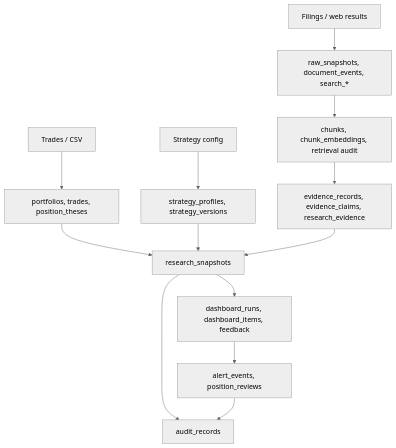
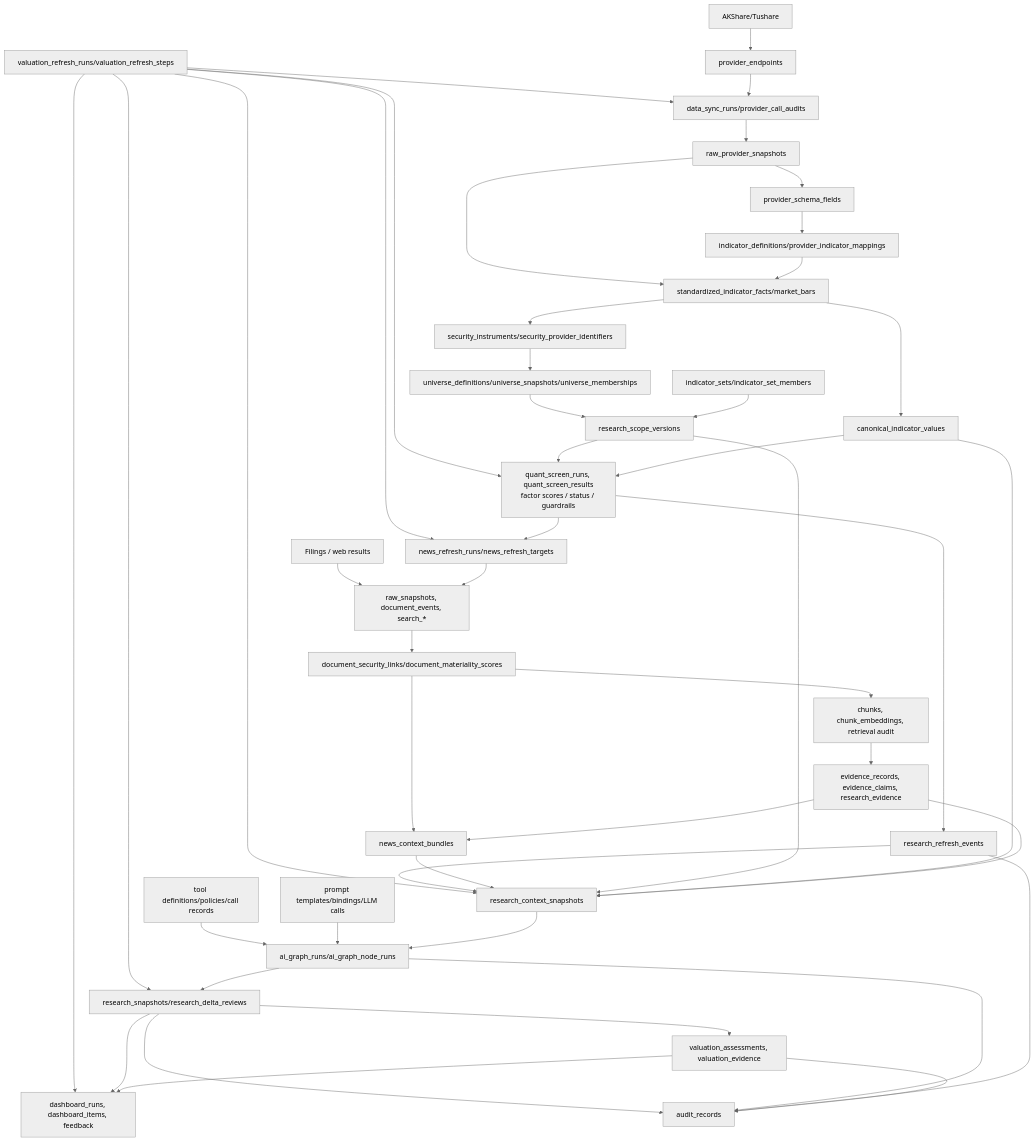
The ninth of 11 diagrams in docs/design/v0.2/architecture/Margin_Architecture_Design_v0.2_EN.md (RickyW0529/Margin), drawn with Mermaid (neutral theme) before and after one commit. The commit also changed other lines of this file and 469 other files, not shown here.

First line of the commit message:
fix(research,dashboard): repair deepseek-broken files; wire frontend↔backend through; refactor UI shell

````diff
--- a/docs/design/v0.2/architecture/Margin_Architecture_Design_v0.2_EN.md
+++ b/docs/design/v0.2/architecture/Margin_Architecture_Design_v0.2_EN.md
@@ -281,15 +786,48 @@
 ```mermaid
 flowchart TB
-    Trades[Trades / CSV] --> Portfolio[portfolios, trades, position_theses]
+    Orchestrator[valuation_refresh_runs/valuation_refresh_steps] --> Runs
+    Orchestrator --> Quant
+    Orchestrator --> NewsRefresh
+    Orchestrator --> Context
+    Orchestrator --> Research
+    Orchestrator --> Dashboard
+    Providers[AKShare/Tushare] --> Endpoints[provider_endpoints]
+    Endpoints --> Runs[data_sync_runs/provider_call_audits]
+    Runs --> Raw[raw_provider_snapshots]
+    Raw --> Schema[provider_schema_fields]
+    Schema --> Catalog[indicator_definitions/provider_indicator_mappings]
+    Raw --> Facts[standardized_indicator_facts/market_bars]
+    Catalog --> Facts
+    Facts --> Canonical[canonical_indicator_values]
+    Facts --> Securities[security_instruments/security_provider_identifiers]
+    Securities --> UniverseTables[universe_definitions/universe_snapshots/universe_memberships]
+    UniverseTables --> Scopes[research_scope_versions]
+    IndicatorSets[indicator_sets/indicator_set_members] --> Scopes
+    Scopes --> Quant[quant_screen_runs, quant_screen_results<br/>factor scores / status / guardrails]
+    Canonical --> Quant
+    Quant --> NewsRefresh[news_refresh_runs/news_refresh_targets]
     Sources[Filings / web results] --> News[raw_snapshots, document_events, search_*]
-    News --> Vector[chunks, chunk_embeddings, retrieval audit]
-    StrategyInput[Strategy config] --> Strategy[strategy_profiles, strategy_versions]
+    NewsRefresh --> News
+    News --> NewsScoring[document_security_links/document_materiality_scores]
+    NewsScoring --> Vector[chunks, chunk_embeddings, retrieval audit]
     Vector --> Evidence[evidence_records, evidence_claims, research_evidence]
-    Portfolio --> Research[research_snapshots]
-    Strategy --> Research
-    Evidence --> Research
+    Quant --> Refresh[research_refresh_events]
+    NewsScoring --> NewsBundle[news_context_bundles]
+    Evidence --> NewsBundle
+    Refresh --> Context[research_context_snapshots]
+    NewsBundle --> Context
+    Scopes --> Context
+    Canonical --> Context
+    Evidence --> Context
+    ToolGovernance[tool definitions/policies/call records] --> AIGraph
+    PromptGovernance[prompt templates/bindings/LLM calls] --> AIGraph
+    Context --> AIGraph[ai_graph_runs/ai_graph_node_runs]
+    AIGraph --> Research[research_snapshots/research_delta_reviews]
+    Research --> Valuation[valuation_assessments, valuation_evidence]
     Research --> Dashboard[dashboard_runs, dashboard_items, feedback]
-    Dashboard --> Monitoring[alert_events, position_reviews]
+    Valuation --> Dashboard
     Research --> Audit[audit_records]
-    Monitoring --> Audit
+    AIGraph --> Audit
+    Refresh --> Audit
+    Valuation --> Audit
 ```
````
